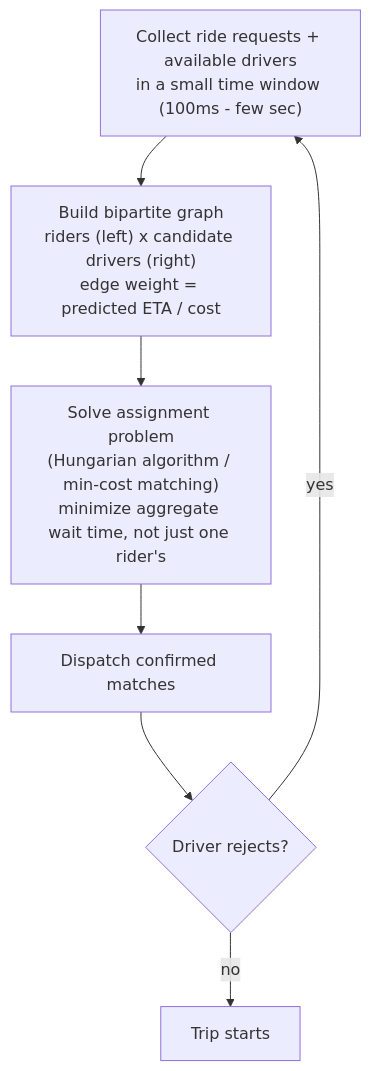
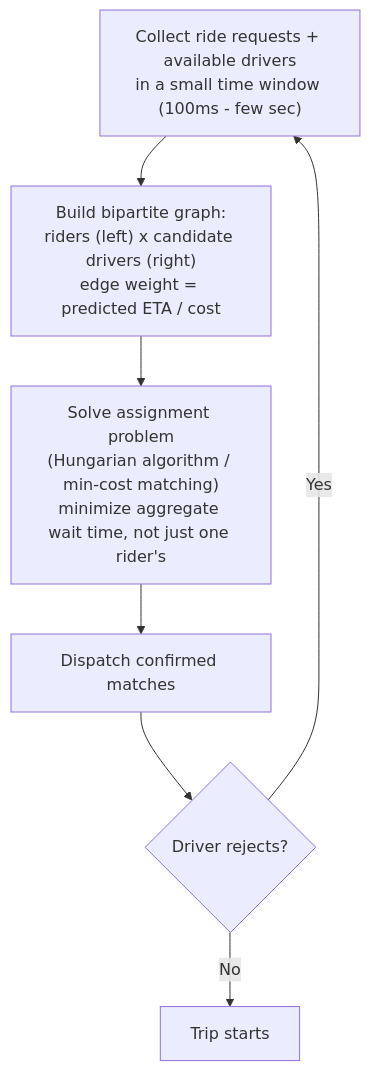
Diagram 14 of 25 in system-design/HLD/0-course/30-Design Uber-FAANG-Guide.md (riyaz-pasha/Learnings), drawn with Mermaid before and after one commit. The commit also changed other lines of this file and 1 other file, not shown here.

First line of the commit message:
[REWRITE] Design Uber guides: simplify prose, add structure, fix dark-theme diagrams

````diff
--- a/system-design/HLD/0-course/30-Design Uber-FAANG-Guide.md
+++ b/system-design/HLD/0-course/30-Design Uber-FAANG-Guide.md
@@ -671,9 +730,9 @@
 ```mermaid
 flowchart TD
-    A["Collect ride requests + available drivers<br/>in a small time window (100ms - few sec)"] --> B["Build bipartite graph<br/>riders (left) x candidate drivers (right)<br/>edge weight = predicted ETA / cost"]
+    A["Collect ride requests + available drivers<br/>in a small time window (100ms - few sec)"] --> B["Build bipartite graph:<br/>riders (left) x candidate drivers (right)<br/>edge weight = predicted ETA / cost"]
     B --> C["Solve assignment problem<br/>(Hungarian algorithm / min-cost matching)<br/>minimize aggregate wait time, not just one rider's"]
     C --> D["Dispatch confirmed matches"]
     D --> E{"Driver rejects?"}
-    E -- yes --> A
-    E -- no --> F["Trip starts"]
+    E -- Yes --> A
+    E -- No --> F["Trip starts"]
 ```
````
